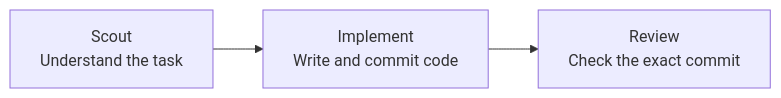
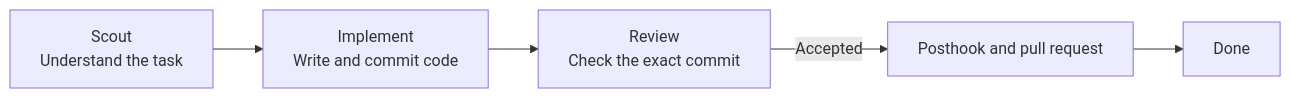
One commit to devos-ing/Roc changed the diagram in README.md. Above: the diagram before and after it, drawn with Mermaid. The commit also changed other lines of this file and 20 other files, not shown here.

````diff
--- a/README.md
+++ b/README.md
@@ -216,5 +218,7 @@
 ```mermaid
 flowchart LR
     S["Scout<br/>Understand the task"] --> I["Implement<br/>Write and commit code"]
     I --> R["Review<br/>Check the exact commit"]
+    R -->|Accepted| P["Posthook and pull request"]
+    P --> D["Done"]
 ```
````
